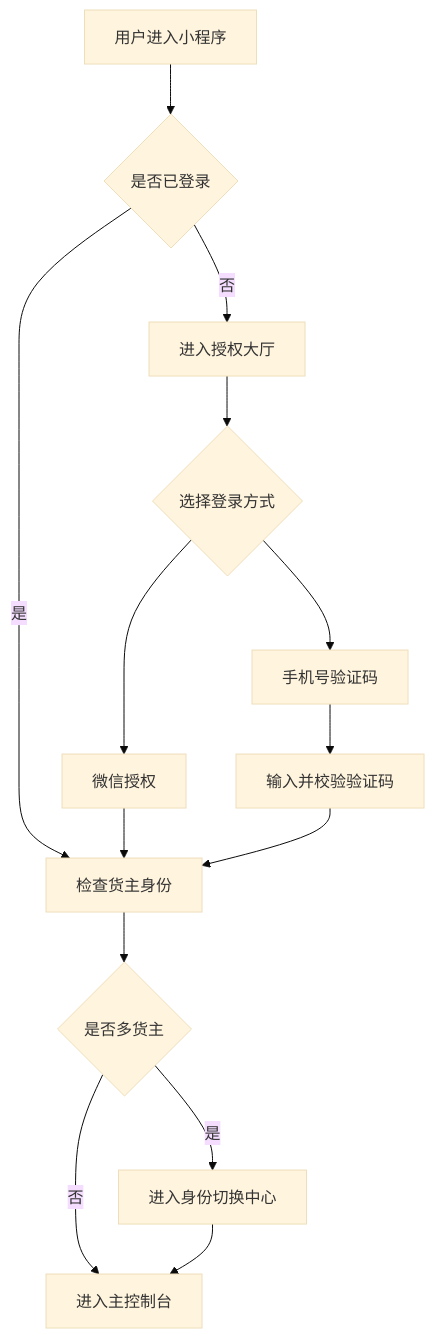
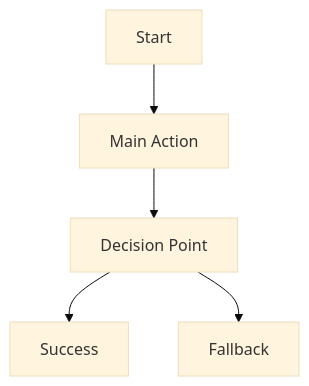
The second of 4 diagrams in 01_Master_Documents/Product_Architecture.md (husinglemon-art/TMS_Shipper), drawn with Mermaid (base theme) before and after one commit. The commit also changed other lines of this file and 15 other files, not shown here.

````diff
--- a/01_Master_Documents/Product_Architecture.md
+++ b/01_Master_Documents/Product_Architecture.md
@@ -58,16 +41,7 @@
 ```mermaid
 flowchart TD
-    A[用户进入小程序] --> B{是否已登录}
-    B -- 否 --> C[进入授权大厅]
-    B -- 是 --> D[检查货主身份]
-    C --> E{选择登录方式}
-    E --> F[微信授权]
-    E --> G[手机号验证码]
-    G --> H[输入并校验验证码]
-    F --> D
-    H --> D
-    D --> I{是否多货主}
-    I -- 是 --> J[进入身份切换中心]
-    I -- 否 --> K[进入主控制台]
-    J --> K
+    A[Start] --> B[Main Action]
+    B --> C[Decision Point]
+    C --> D[Success]
+    C --> E[Fallback]
 ```
````
